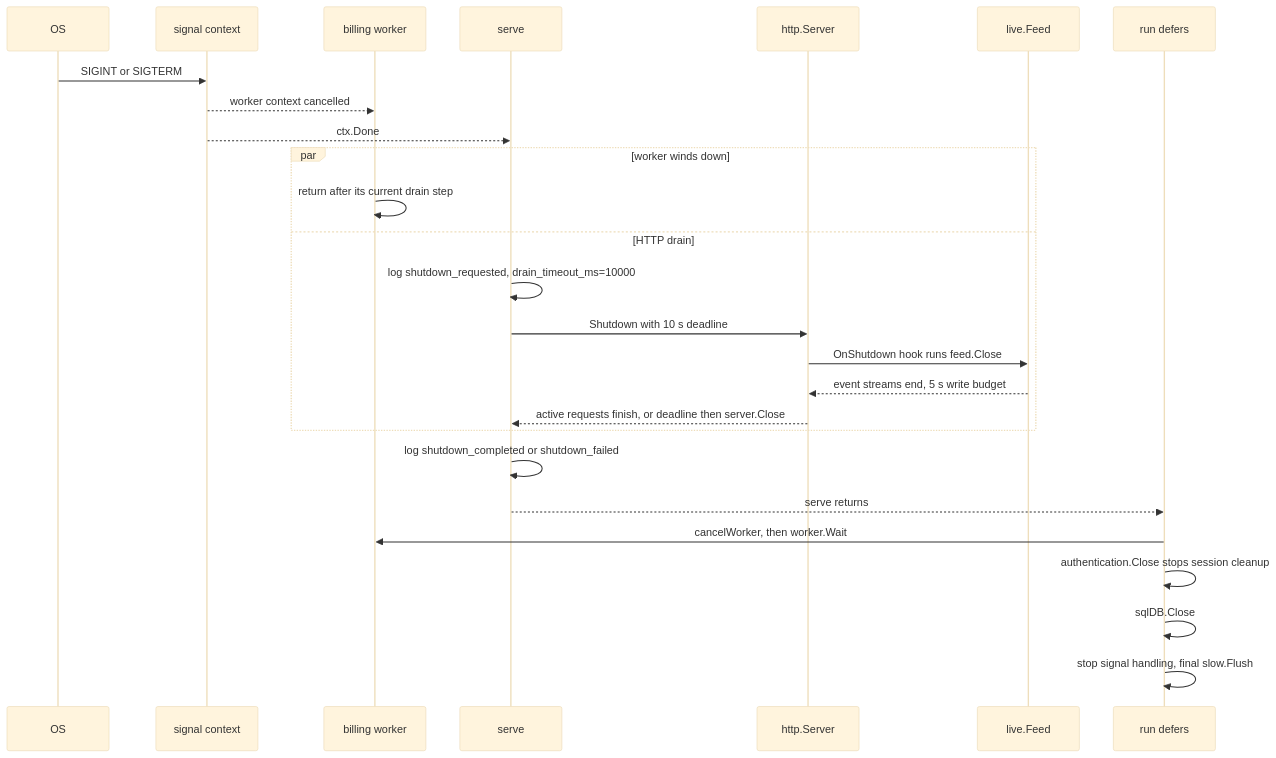
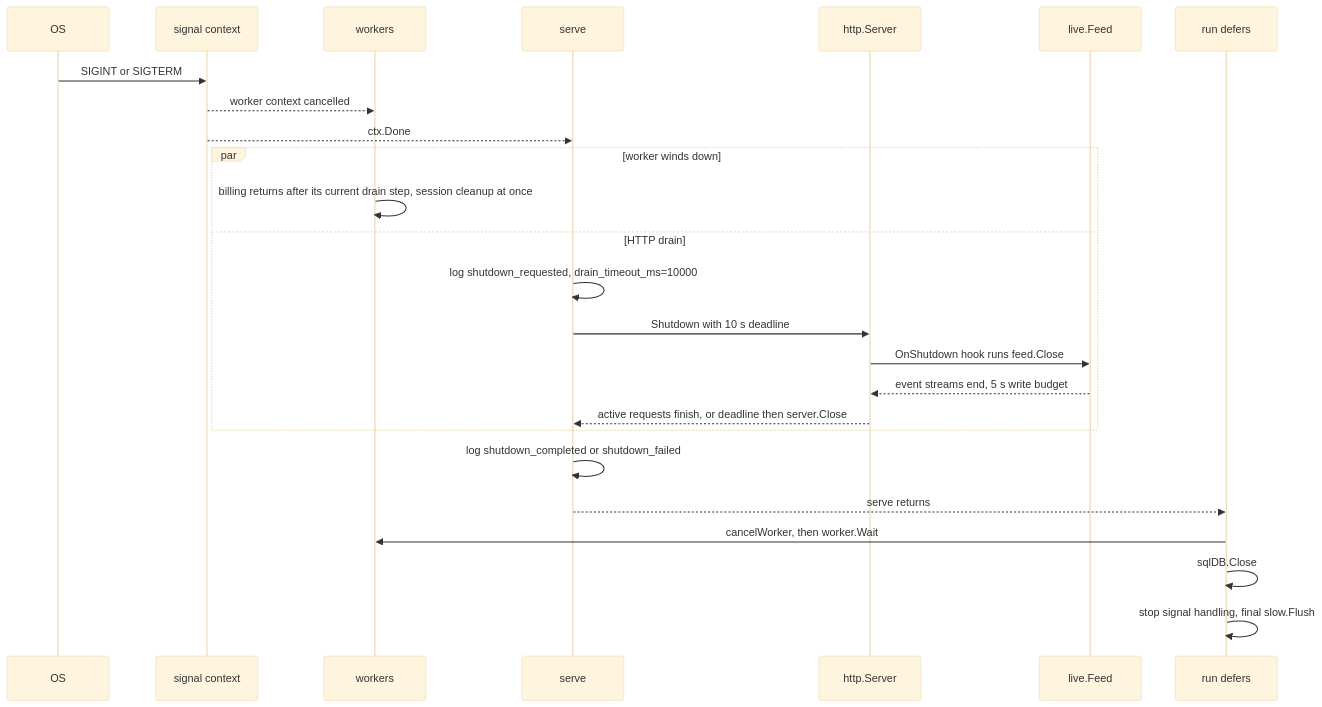
Before and after one commit to devGabriel131/ProjectHermes: the second of 2 diagrams in docs/operations/startup-shutdown.md, drawn with Mermaid (base theme). The commit also changed other lines of this file and 97 other files, not shown here.

````diff
--- a/docs/operations/startup-shutdown.md
+++ b/docs/operations/startup-shutdown.md
@@ -98,29 +98,28 @@
 ```mermaid
 sequenceDiagram
   participant OS
   participant Sig as signal context
-  participant W as billing worker
+  participant W as workers
   participant S as serve
   participant H as http.Server
   participant F as live.Feed
   participant D as run defers
 
   OS->>Sig: SIGINT or SIGTERM
   Sig-->>W: worker context cancelled
   Sig-->>S: ctx.Done
   par worker winds down
-    W->>W: return after its current drain step
+    W->>W: billing returns after its current drain step, session cleanup at once
   and HTTP drain
     S->>S: log shutdown_requested, drain_timeout_ms=10000
     S->>H: Shutdown with 10 s deadline
     H->>F: OnShutdown hook runs feed.Close
     F-->>H: event streams end, 5 s write budget
     H-->>S: active requests finish, or deadline then server.Close
   end
   S->>S: log shutdown_completed or shutdown_failed
   S-->>D: serve returns
   D->>W: cancelWorker, then worker.Wait
-  D->>D: authentication.Close stops session cleanup
   D->>D: sqlDB.Close
   D->>D: stop signal handling, final slow.Flush
 ```
````
